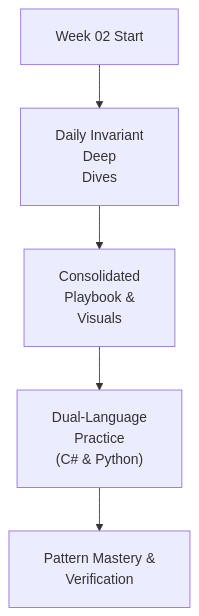
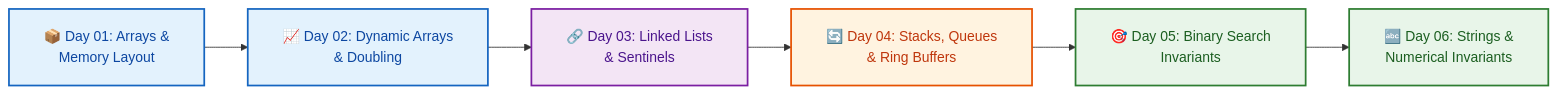
The diagram in week_02_foundations_ii_linear_data_structures/README.md (dip4k/DSA_102), drawn with Mermaid before and after one commit. The commit also changed other lines of this file and 147 other files, not shown here.

First line of the commit message:
feat(curriculum): enrich Weeks 01-19 instructional modules & resolve repository-wide Mermaid cutoff

````diff
--- a/week_02_foundations_ii_linear_data_structures/README.md
+++ b/week_02_foundations_ii_linear_data_structures/README.md
@@ -16,8 +16,14 @@
 ```mermaid
 %%{init: {"flowchart": {"htmlLabels": true, "padding": 20}, "themeCSS": "foreignObject { overflow: visible !important; }"}}%%
-flowchart TD
-    Start["Week 02 Start"] --> Daily["Daily Invariant<br/>Deep<br/>Dives"]
-    Daily --> Playbook["Consolidated<br/>Playbook &<br/>Visuals"]
-    Playbook --> DualLang["Dual-Language<br/>Practice<br/>(C# & Python)"]
-    DualLang --> Mastery["Pattern Mastery &<br/>Verification"]
+flowchart LR
+    classDef arrayNode fill:#e3f2fd,stroke:#1565c0,stroke-width:2px,color:#0d47a1
+    classDef listNode fill:#f3e5f5,stroke:#7b1fa2,stroke-width:2px,color:#4a148c
+    classDef bufferNode fill:#fff3e0,stroke:#e65100,stroke-width:2px,color:#bf360c
+    classDef searchNode fill:#e8f5e9,stroke:#2e7d32,stroke-width:2px,color:#1b5e20
+
+    D1["📦 Day 01: Arrays &<br/>Memory Layout"]:::arrayNode --> D2["📈 Day 02: Dynamic Arrays<br/>& Doubling"]:::arrayNode
+    D2 --> D3["🔗 Day 03: Linked Lists<br/>& Sentinels"]:::listNode
+    D3 --> D4["🔄 Day 04: Stacks, Queues<br/>& Ring Buffers"]:::bufferNode
+    D4 --> D5["🎯 Day 05: Binary Search<br/>Invariants"]:::searchNode
+    D5 --> D6["🔤 Day 06: Strings &<br/>Numerical Invariants"]:::searchNode
 ```
````
